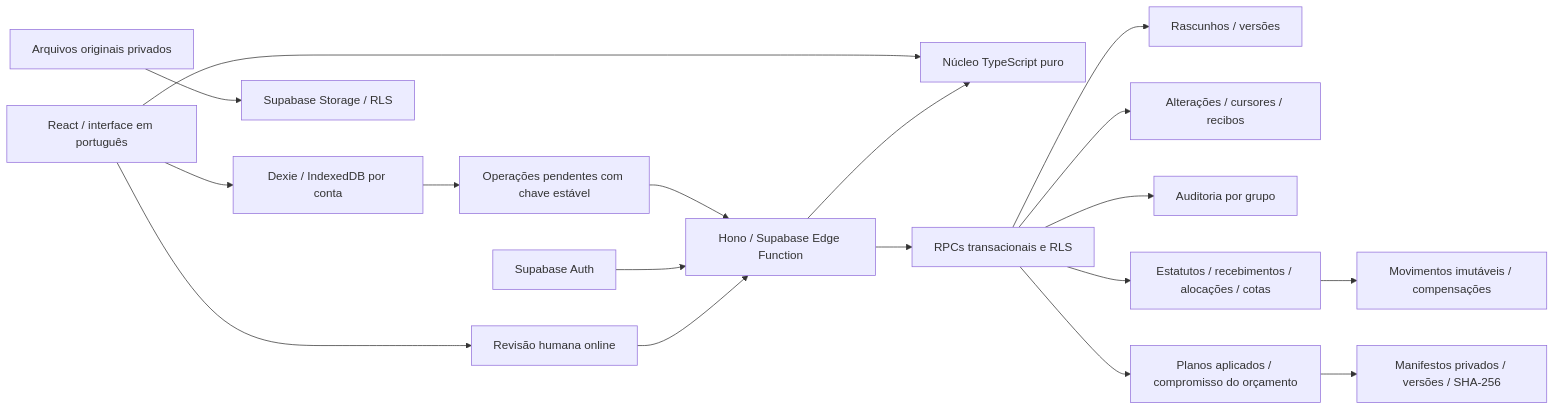
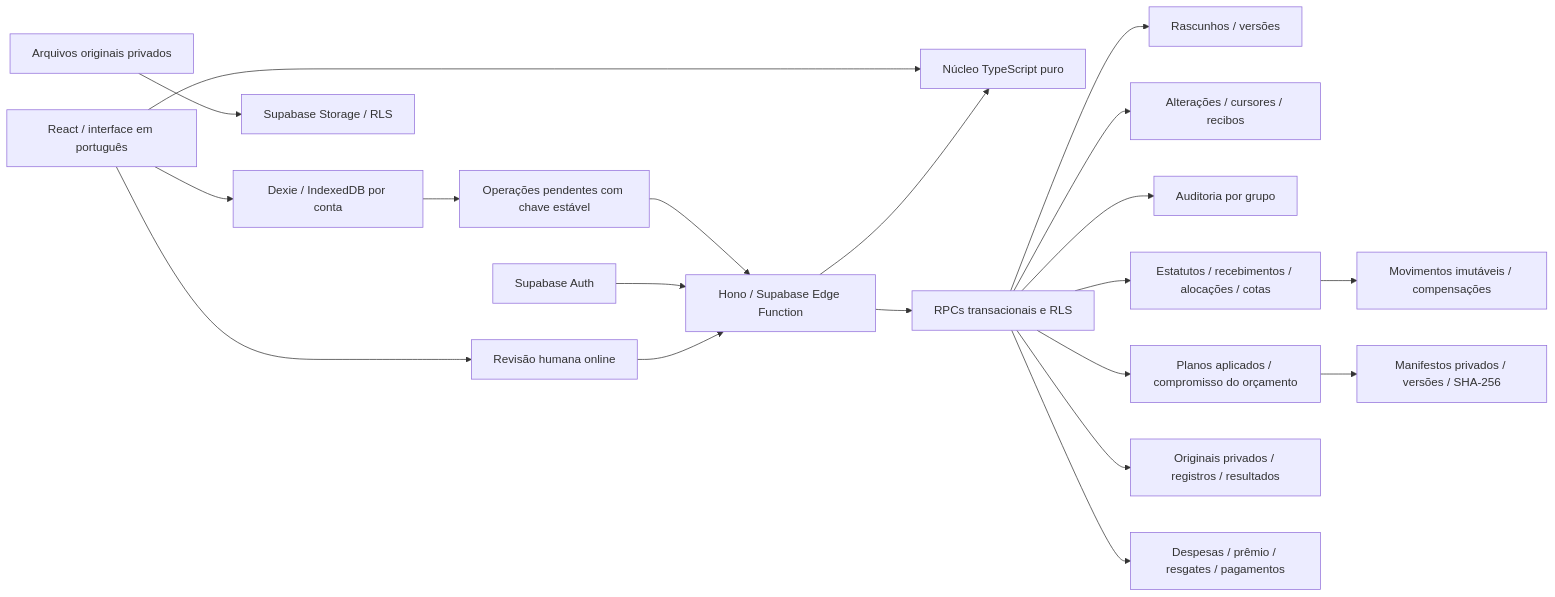
One commit to fgferre/little-faith-app changed the diagram in docs/ARCHITECTURE.md. Above: the diagram before and after it, drawn with Mermaid. The commit also changed other lines of this file and 7 other files, not shown here.

````diff
--- a/docs/ARCHITECTURE.md
+++ b/docs/ARCHITECTURE.md
@@ -5,20 +5,22 @@
 ```mermaid
 flowchart LR
   UI[React / interface em português] --> Local[Dexie / IndexedDB por conta]
   UI --> Core[Núcleo TypeScript puro]
   Local --> Outbox[Operações pendentes com chave estável]
   Outbox --> API[Hono / Supabase Edge Function]
   Auth[Supabase Auth] --> API
   API --> Core
   API --> RPC[RPCs transacionais e RLS]
   RPC --> Draft[Rascunhos / versões]
   RPC --> Feed[Alterações / cursores / recibos]
   RPC --> Audit[Auditoria por grupo]
   UI --> Review[Revisão humana online]
   Review --> API
   RPC --> Financial[Estatutos / recebimentos / alocações / cotas]
   Financial --> Ledger[Movimentos imutáveis / compensações]
   RPC --> Plans[Planos aplicados / compromisso do orçamento]
   Plans --> Manifests[Manifestos privados / versões / SHA-256]
+  RPC --> Registry[Originais privados / registros / resultados]
+  RPC --> Settlement[Despesas / prêmio / resgates / pagamentos]
   Files[Arquivos originais privados] --> Storage[Supabase Storage / RLS]
 ```
````
